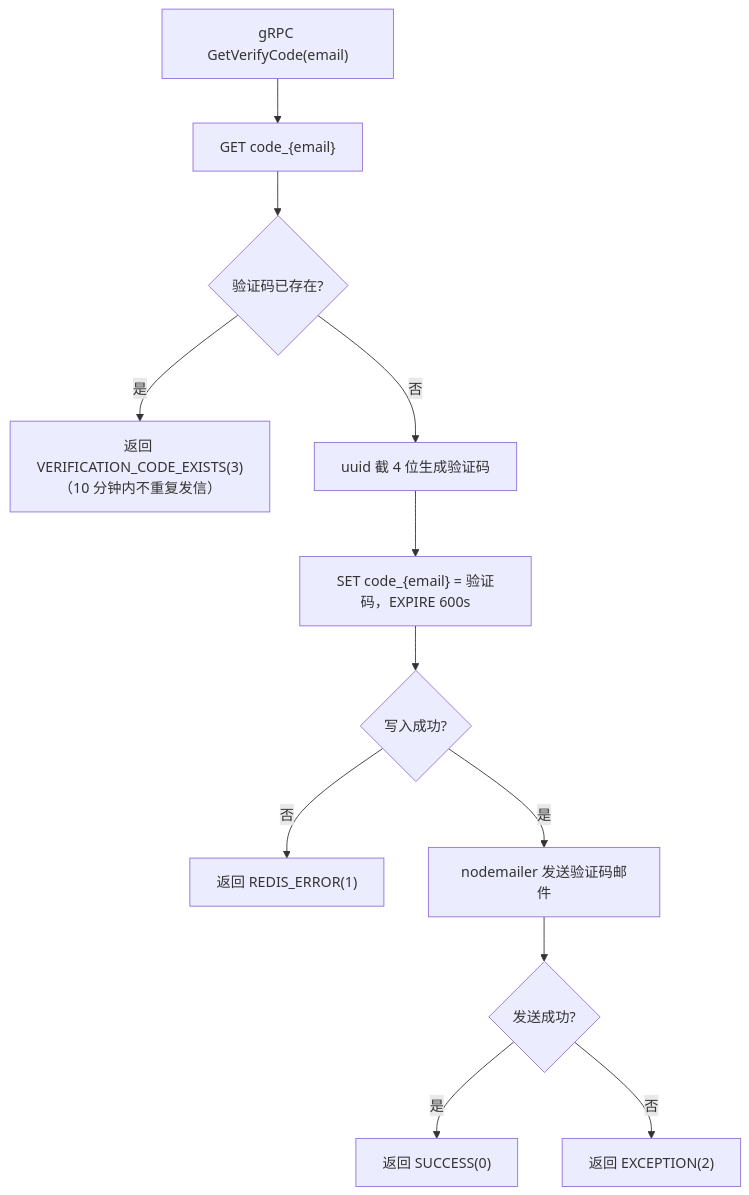
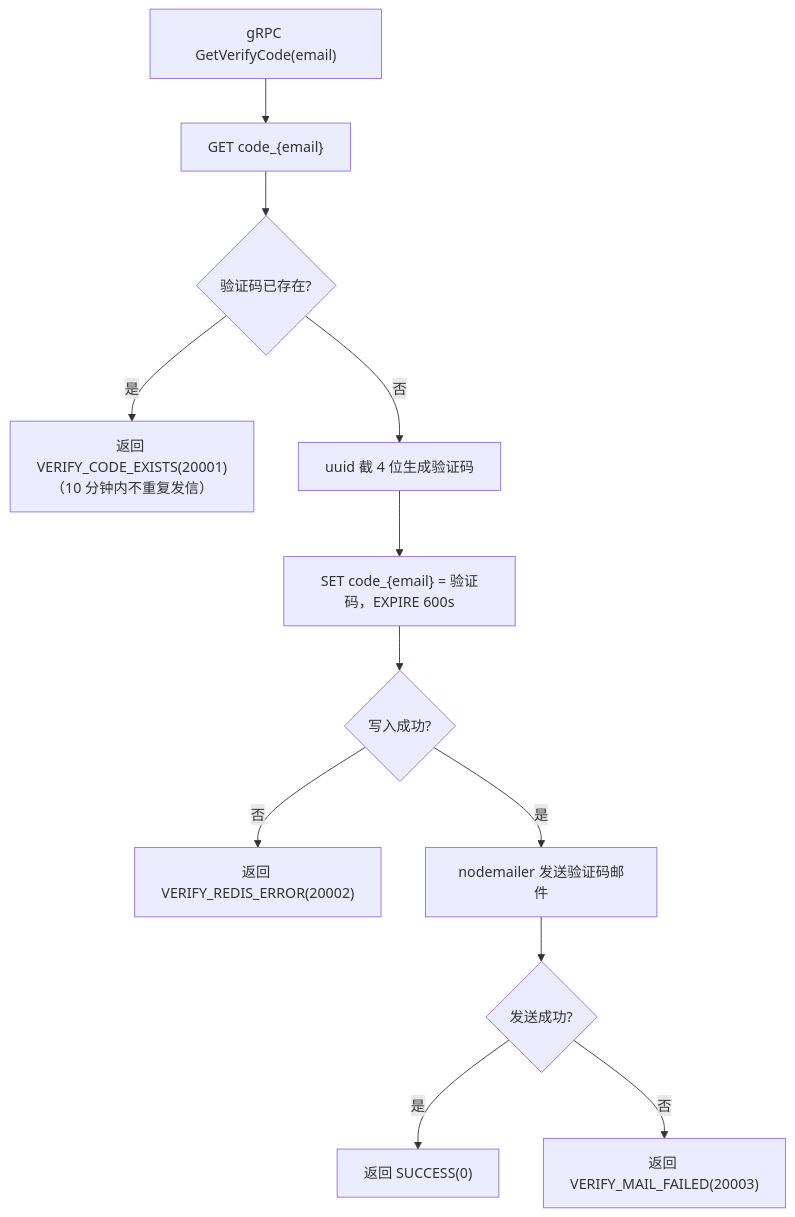
The second of 3 diagrams in Servers/VerifyServer/README.md (codeT2001/MyChat), drawn with Mermaid before and after one commit. The commit also changed other lines of this file and 9 other files, not shown here.

````diff
--- a/Servers/VerifyServer/README.md
+++ b/Servers/VerifyServer/README.md
@@ -47,14 +47,14 @@
 ```mermaid
 flowchart TD
     Req["gRPC GetVerifyCode(email)"] --> Chk["GET code_{email}"]
     Chk --> Exist{"验证码已存在?"}
-    Exist -- 是 --> RExist["返回 VERIFICATION_CODE_EXISTS(3)<br/>（10 分钟内不重复发信）"]
+    Exist -- 是 --> RExist["返回 VERIFY_CODE_EXISTS(20001)<br/>（10 分钟内不重复发信）"]
     Exist -- 否 --> Gen["uuid 截 4 位生成验证码"]
     Gen --> Store["SET code_{email} = 验证码，EXPIRE 600s"]
     Store --> OK1{"写入成功?"}
-    OK1 -- 否 --> RErr["返回 REDIS_ERROR(1)"]
+    OK1 -- 否 --> RErr["返回 VERIFY_REDIS_ERROR(20002)"]
     OK1 -- 是 --> Mail["nodemailer 发送验证码邮件"]
     Mail --> OK2{"发送成功?"}
     OK2 -- 是 --> ROk["返回 SUCCESS(0)"]
-    OK2 -- 否 --> RExc["返回 EXCEPTION(2)"]
+    OK2 -- 否 --> RExc["返回 VERIFY_MAIL_FAILED(20003)"]
 ```
````
